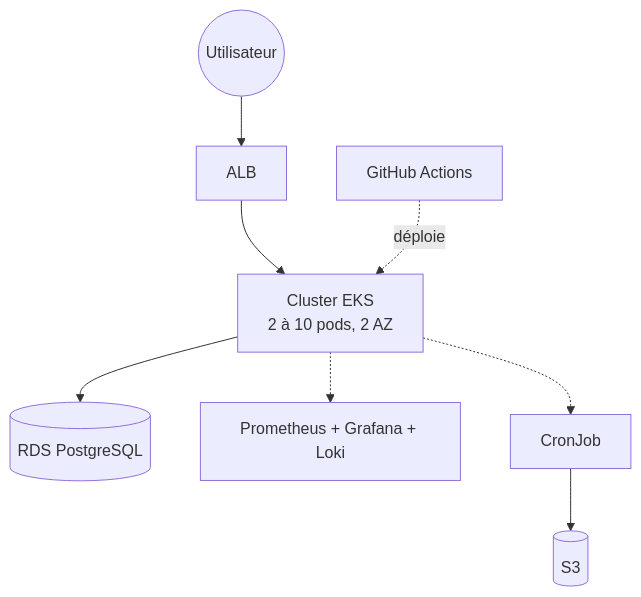
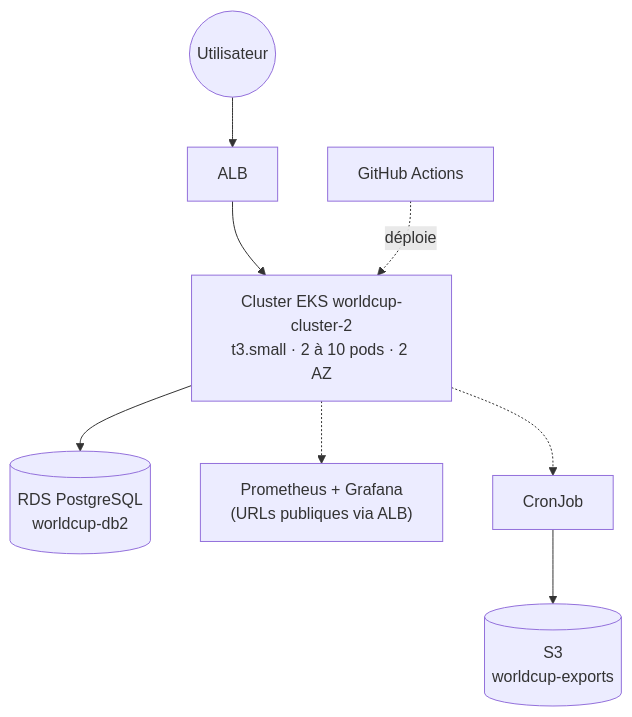
The first of 2 diagrams in docs/architecture.md (anas34b/Ops-coupedu-monde), drawn with Mermaid before and after one commit. The commit also changed other lines of this file and 2 other files, not shown here.

Commit message:
docs: ajout resultats load test k6 + screenshot Grafana + mise a jour architecture

````diff
--- a/docs/architecture.md
+++ b/docs/architecture.md
@@ -8,10 +8,10 @@
 ```mermaid
 flowchart TB
     User((Utilisateur)) --> ALB[ALB]
-    ALB --> EKS["Cluster EKS<br/>2 à 10 pods, 2 AZ"]
-    EKS --> RDS[("RDS PostgreSQL")]
+    ALB --> EKS["Cluster EKS worldcup-cluster-2<br/>t3.small · 2 à 10 pods · 2 AZ"]
+    EKS --> RDS[("RDS PostgreSQL<br/>worldcup-db2")]
 
-    EKS -.-> Obs["Prometheus + Grafana + Loki"]
-    EKS -.-> Job["CronJob"] --> S3[("S3")]
+    EKS -.-> Obs["Prometheus + Grafana<br/>(URLs publiques via ALB)"]
+    EKS -.-> Job["CronJob"] --> S3[("S3<br/>worldcup-exports")]
     GH["GitHub Actions"] -.déploie.-> EKS
 ```
````
